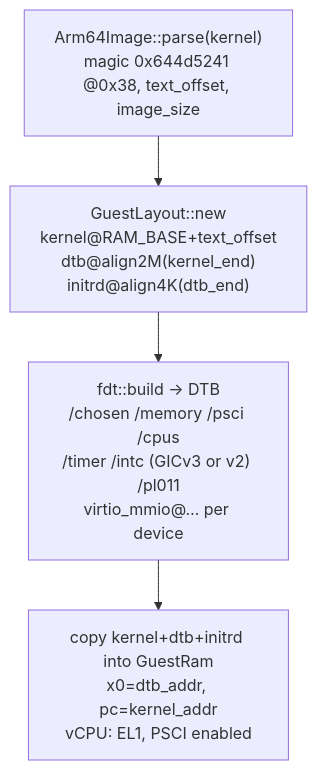
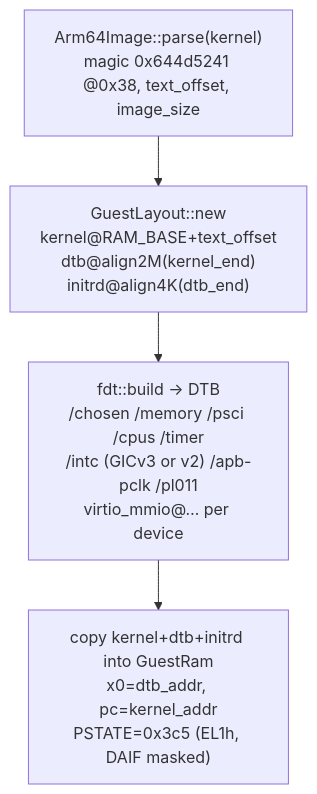
Before and after one commit to brig-sh/hvi-vmm: the second of 4 diagrams in docs/architecture.md, drawn with Mermaid. The commit also changed other lines of this file and 22 other files, not shown here.

````diff
--- a/docs/architecture.md
+++ b/docs/architecture.md
@@ -185,7 +185,7 @@
 ```mermaid
 flowchart TB
     A["Arm64Image::parse(kernel)<br/>magic 0x644d5241 @0x38, text_offset, image_size"] --> B
     B["GuestLayout::new<br/>kernel@RAM_BASE+text_offset<br/>dtb@align2M(kernel_end)<br/>initrd@align4K(dtb_end)"] --> C
-    C["fdt::build → DTB<br/>/chosen /memory /psci /cpus<br/>/timer /intc (GICv3 or v2) /pl011<br/>virtio_mmio@… per device"] --> D
-    D["copy kernel+dtb+initrd into GuestRam<br/>x0=dtb_addr, pc=kernel_addr<br/>vCPU: EL1, PSCI enabled"]
+    C["fdt::build → DTB<br/>/chosen /memory /psci /cpus /timer<br/>/intc (GICv3 or v2) /apb-pclk /pl011<br/>virtio_mmio@… per device"] --> D
+    D["copy kernel+dtb+initrd into GuestRam<br/>x0=dtb_addr, pc=kernel_addr<br/>PSTATE=0x3c5 (EL1h, DAIF masked)"]
 ```
````
